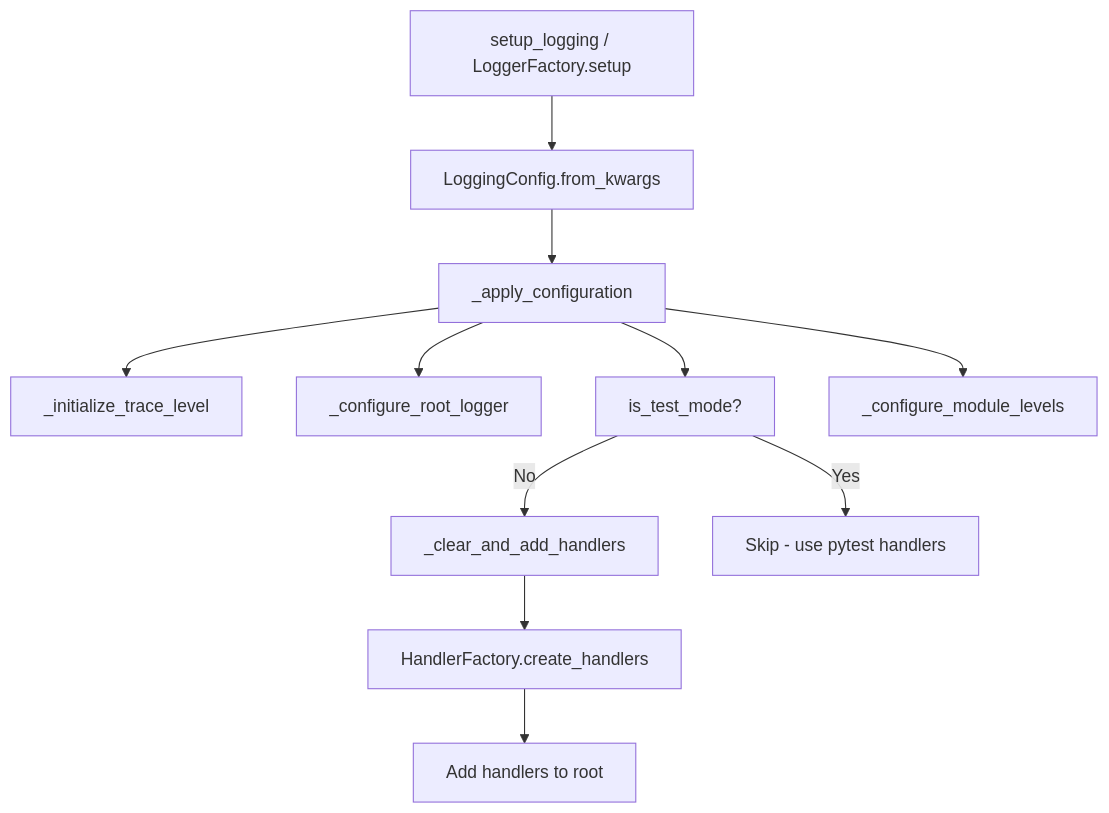
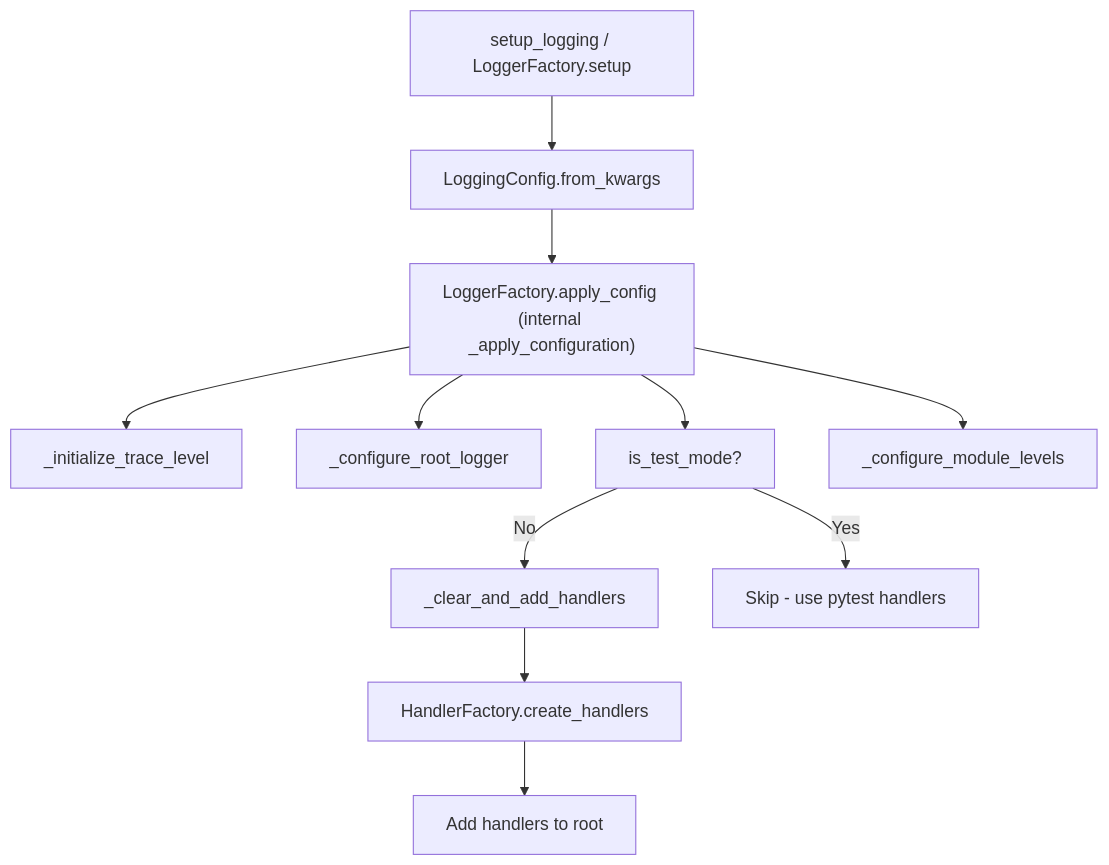
One commit to antragh/arlogi changed the sixth of 8 diagrams in docs/ARCHITECTURE.md. Above: the diagram before and after it, drawn with Mermaid. The commit also changed other lines of this file and 144 other files, not shown here.

````diff
--- a/docs/ARCHITECTURE.md
+++ b/docs/ARCHITECTURE.md
@@ -382,13 +428,13 @@
 ```mermaid
 graph TD
     A[setup_logging / LoggerFactory.setup] --> B[LoggingConfig.from_kwargs]
-    B --> C["_apply_configuration"]
+    B --> C["LoggerFactory.apply_config (internal _apply_configuration)"]
     C --> D[_initialize_trace_level]
     C --> E[_configure_root_logger]
     C --> F[is_test_mode?]
     F -->|No| G[_clear_and_add_handlers]
     F -->|Yes| H[Skip - use pytest handlers]
     G --> I[HandlerFactory.create_handlers]
     I --> J[Add handlers to root]
     C --> K[_configure_module_levels]
 ```
````
